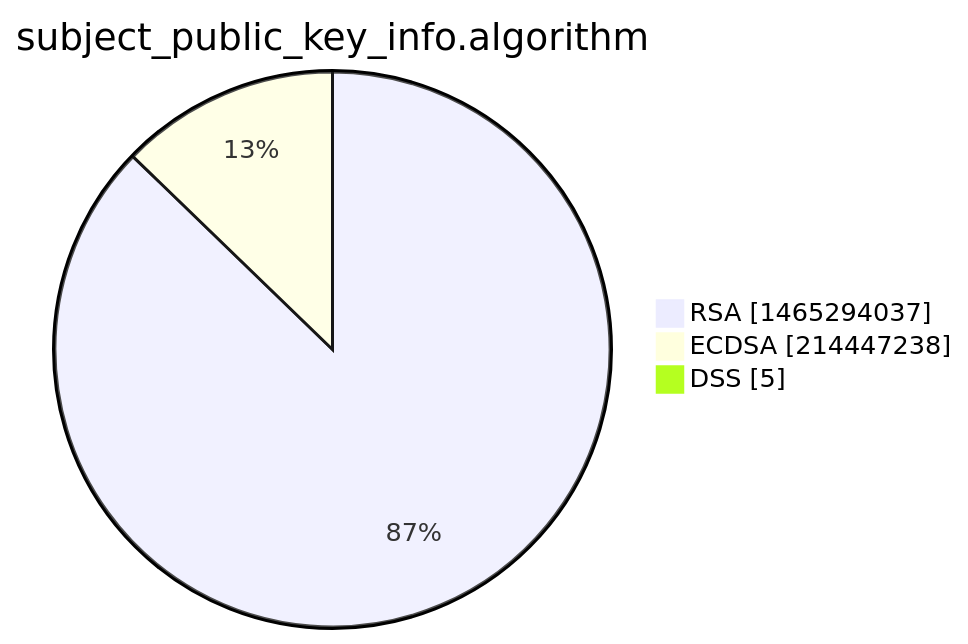
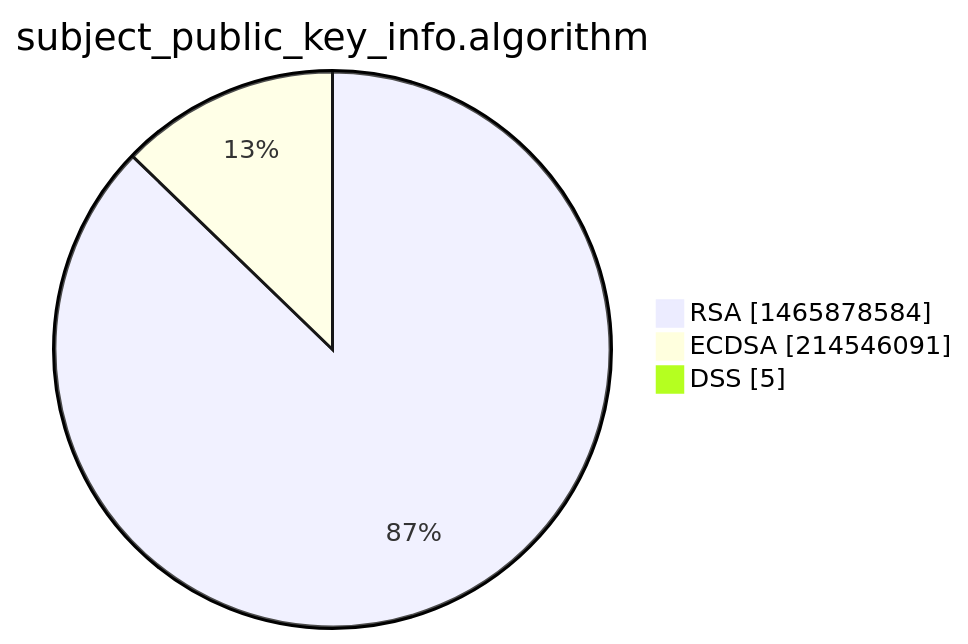
One commit to christiankrug/ctmonitor_visualization changed the third of 15 diagrams in xenon2022/README.md. Above: the diagram before and after it, drawn with Mermaid. The commit also changed other lines of this file, not shown here.

````diff
--- a/xenon2022/README.md
+++ b/xenon2022/README.md
@@ -14,7 +14,7 @@
 ```mermaid
 pie showData
 title subject_public_key_info.algorithm
-"RSA" :1465294037
-"ECDSA" :214447238
+"RSA" :1465878584
+"ECDSA" :214546091
 "DSS" :5
 ```
````
